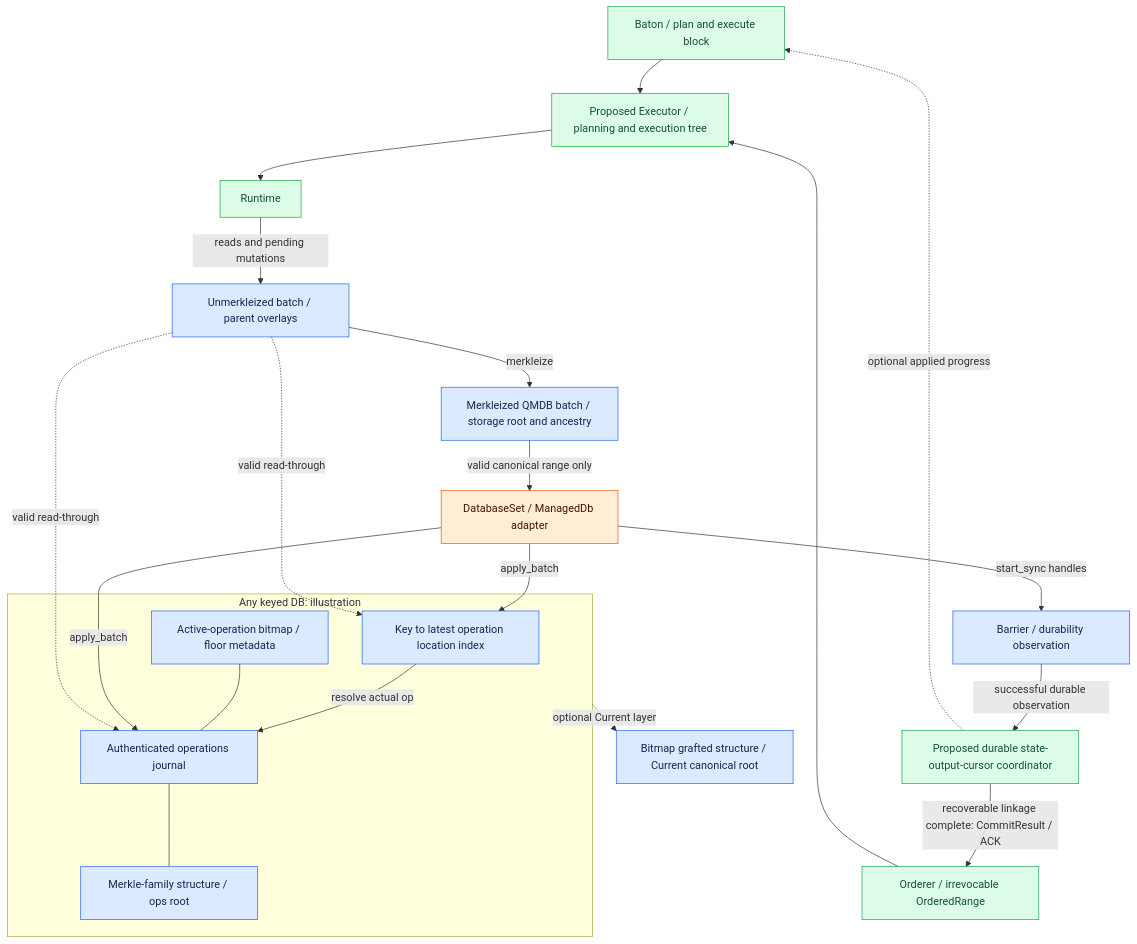
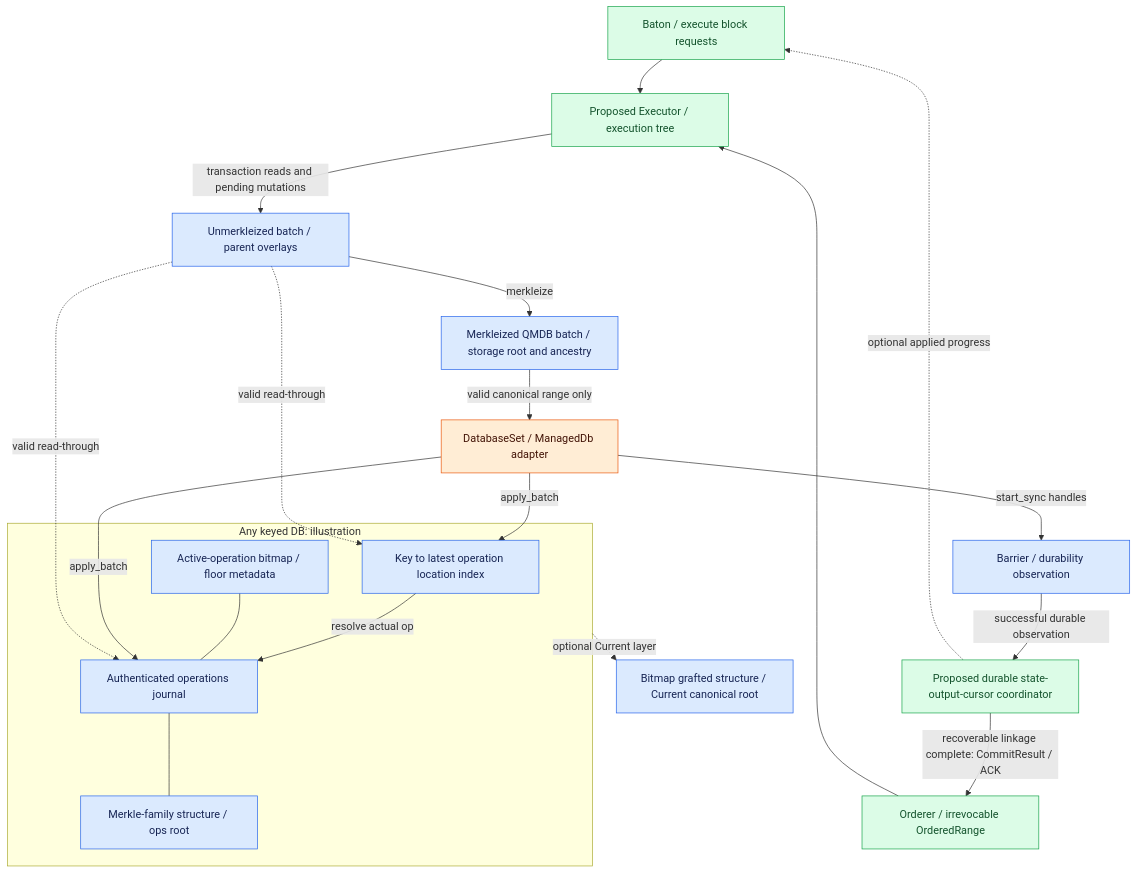
The first of 2 diagrams in docs/execution/qmdb.md (djm07073/baton-research), drawn with Mermaid before and after one commit. The commit also changed other lines of this file and 67 other files, not shown here.

````diff
--- a/docs/execution/qmdb.md
+++ b/docs/execution/qmdb.md
@@ -19,33 +19,32 @@
 ```mermaid
 flowchart TB
-    B[Baton / plan and execute block] --> O[Proposed Executor / planning and execution tree]
+    B[Baton / execute block requests] --> O[Proposed Executor / execution tree]
     ORDER[Orderer / irrevocable OrderedRange] --> O
-    O --> R[Runtime]
-    R -->|reads and pending mutations| U[Unmerkleized batch / parent overlays]
+    O -->|transaction reads and pending mutations| U[Unmerkleized batch / parent overlays]
     U -->|merkleize| K[Merkleized QMDB batch / storage root and ancestry]
     K -->|valid canonical range only| D[DatabaseSet / ManagedDb adapter]
     subgraph Q[Any keyed DB: illustration]
         I[Key to latest operation location index]
         L[Authenticated operations journal]
         M[Merkle-family structure / ops root]
         A[Active-operation bitmap / floor metadata]
         I -->|resolve actual op| L
         L --- M
         A --- L
     end
     D -->|apply_batch| I
     D -->|apply_batch| L
     U -. valid read-through .-> I
     U -. valid read-through .-> L
     Q -. optional Current layer .-> C[Bitmap grafted structure / Current canonical root]
     D -->|start_sync handles| F[Barrier / durability observation]
     F -->|successful durable observation| J[Proposed durable state-output-cursor coordinator]
     J -->|recoverable linkage complete: CommitResult / ACK| ORDER
     J -. optional applied progress .-> B
     classDef reuse fill:#dbeafe,stroke:#2563eb,color:#172554;
     classDef adapt fill:#ffedd5,stroke:#ea580c,color:#431407;
     classDef fresh fill:#dcfce7,stroke:#16a34a,color:#14532d;
     class U,K,I,L,M,A,C,F reuse;
     class D adapt;
-    class B,ORDER,O,R,J fresh;
+    class B,ORDER,O,J fresh;
 ```
````
